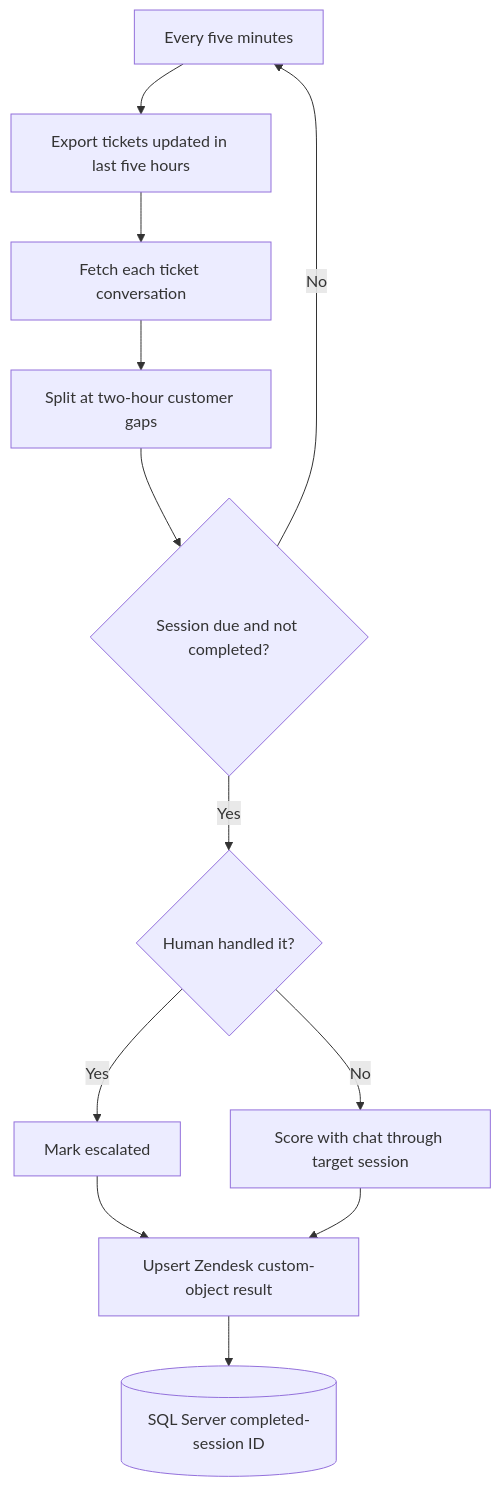
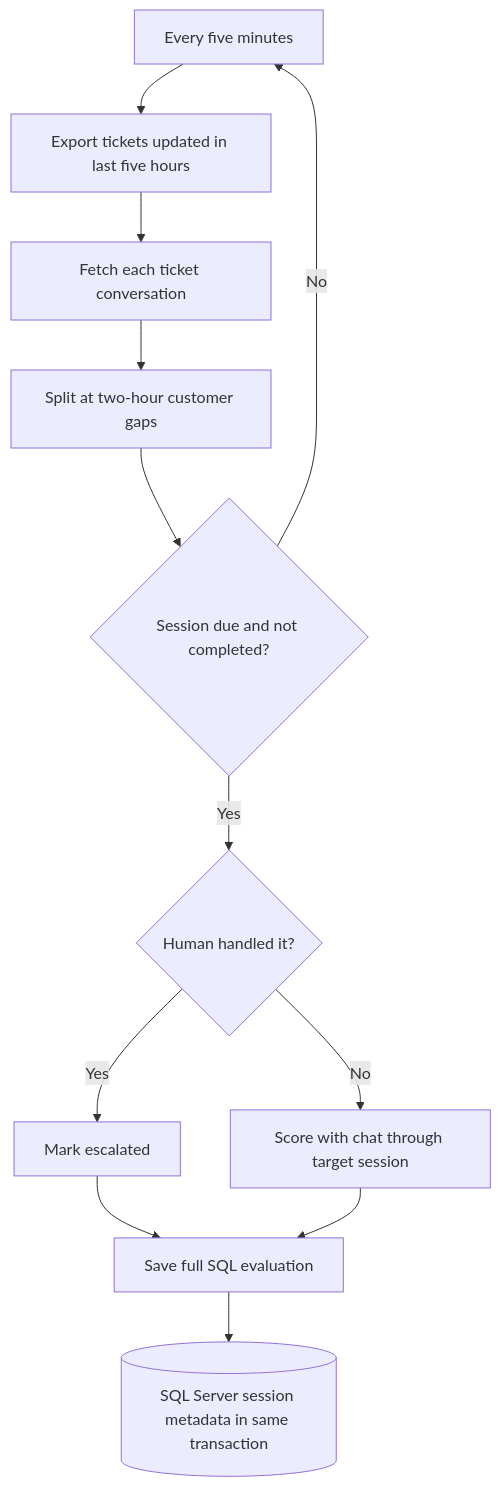
The eighth of 10 diagrams in docs/FLOWS.md (iadarshrawat/zendesk-chat-bot), drawn with Mermaid before and after one commit. The commit also changed other lines of this file and 46 other files, not shown here.

Commit message:
change custom object to DB

````diff
--- a/docs/FLOWS.md
+++ b/docs/FLOWS.md
@@ -123,14 +123,14 @@
 ```mermaid
 flowchart TD
     A[Every five minutes] --> B[Export tickets updated in last five hours]
     B --> C[Fetch each ticket conversation]
     C --> D[Split at two-hour customer gaps]
     D --> E{Session due and not completed?}
     E -- No --> A
     E -- Yes --> F{Human handled it?}
     F -- Yes --> G[Mark escalated]
     F -- No --> H[Score with chat through target session]
-    G --> I[Upsert Zendesk custom-object result]
+    G --> I[Save full SQL evaluation]
     H --> I
-    I --> J[(SQL Server completed-session ID)]
+    I --> J[(SQL Server session metadata in same transaction)]
 ```
````
